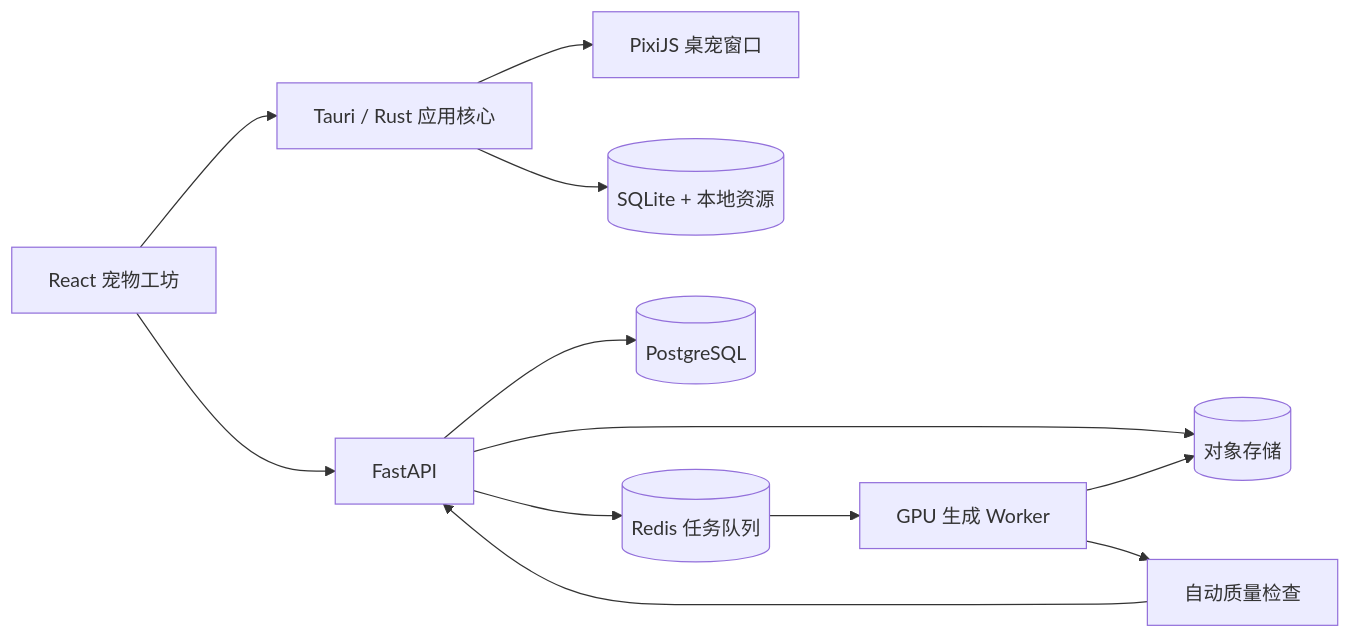
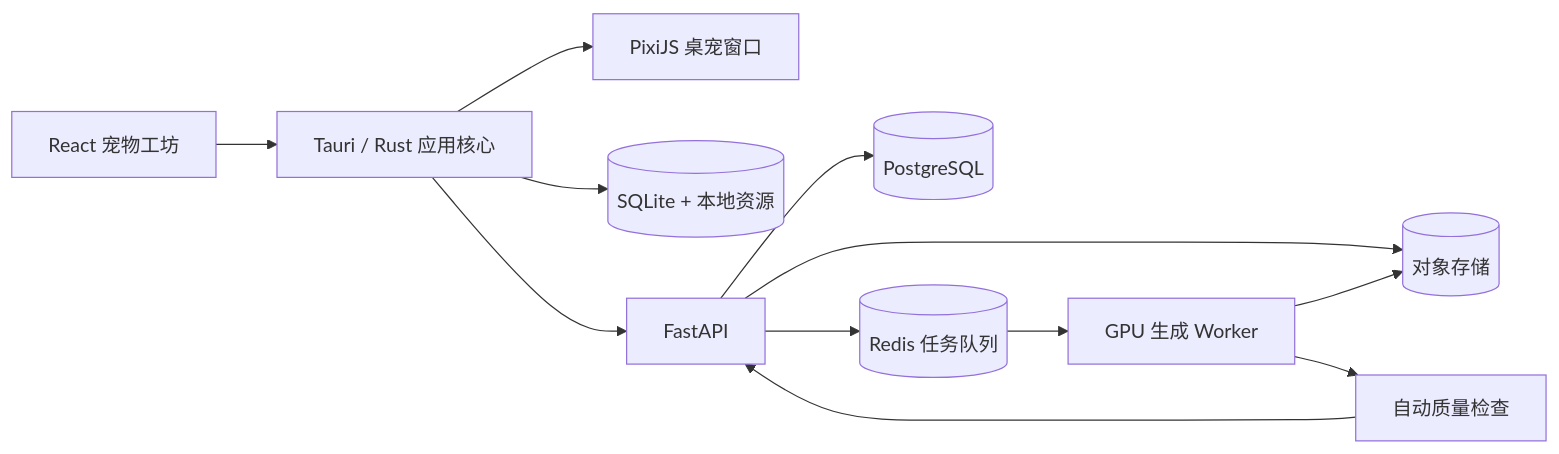
The diagram in PLAN.md (Alger3/Epet), drawn with Mermaid before and after one commit. The commit also changed other lines of this file, not shown here.

````diff
--- a/PLAN.md
+++ b/PLAN.md
@@ -166,14 +203,14 @@
 ```mermaid
 flowchart LR
     UI[React 宠物工坊] --> Core[Tauri / Rust 应用核心]
     Core --> Overlay[PixiJS 桌宠窗口]
     Core --> Local[(SQLite + 本地资源)]
-    UI --> API[FastAPI]
+    Core --> API[FastAPI]
     API --> PG[(PostgreSQL)]
     API --> Queue[(Redis 任务队列)]
     API --> Storage[(对象存储)]
     Queue --> Worker[GPU 生成 Worker]
     Worker --> Storage
     Worker --> QA[自动质量检查]
     QA --> API
 ```
````
